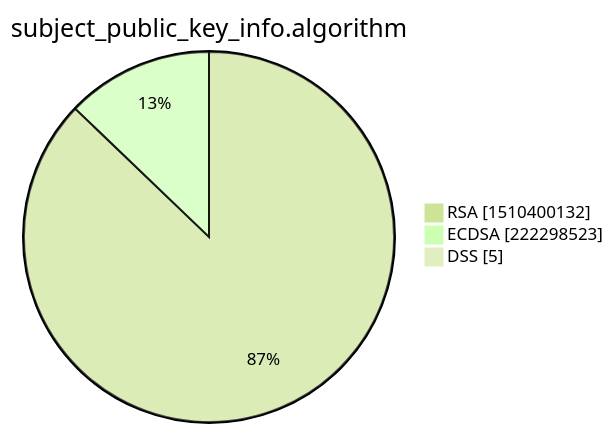
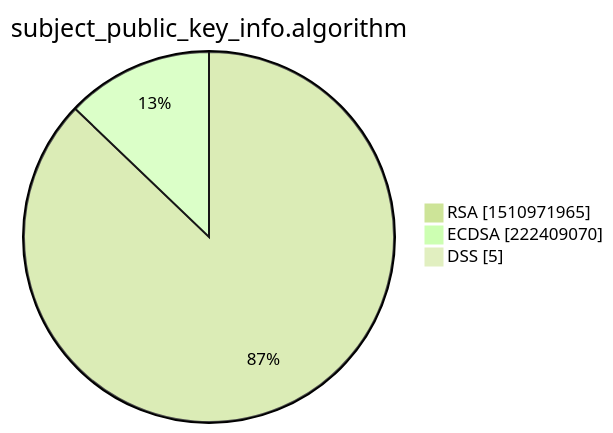
The third of 15 diagrams in xenon2022/README.md (christiankrug/ctmonitor_visualization), drawn with Mermaid (forest theme) before and after one commit. The commit also changed other lines of this file, not shown here.

````diff
--- a/xenon2022/README.md
+++ b/xenon2022/README.md
@@ -14,7 +14,7 @@
 ```mermaid
 pie showData
 title subject_public_key_info.algorithm
-"RSA" :1510400132
-"ECDSA" :222298523
+"RSA" :1510971965
+"ECDSA" :222409070
 "DSS" :5
 ```
````
